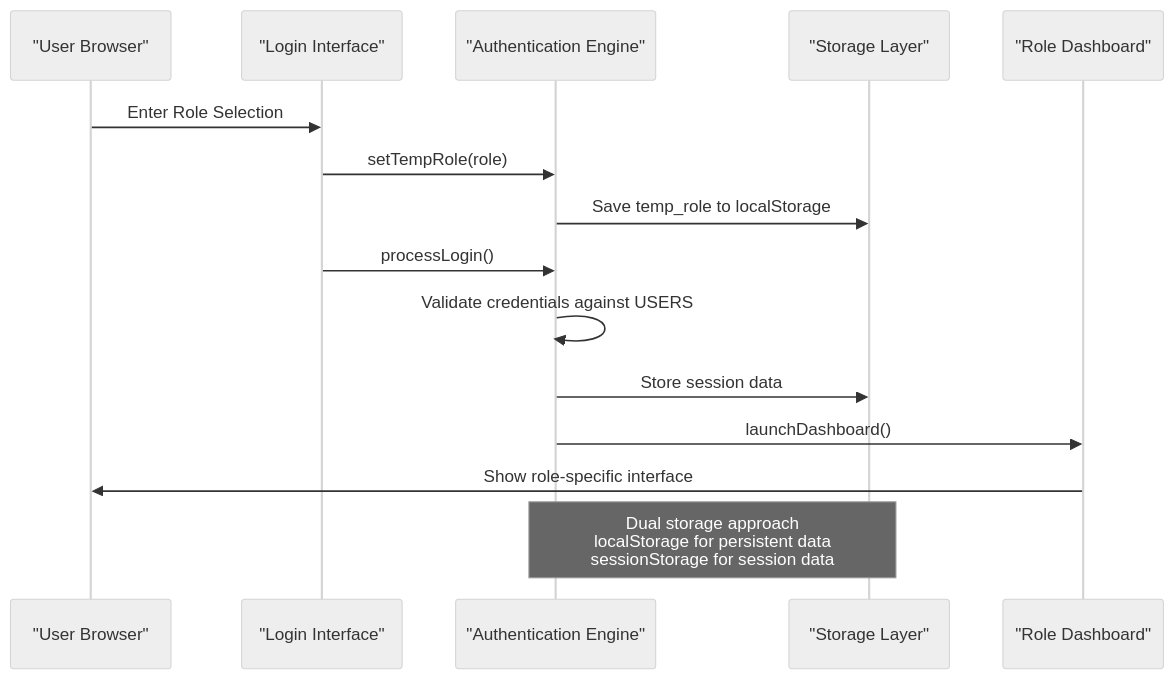
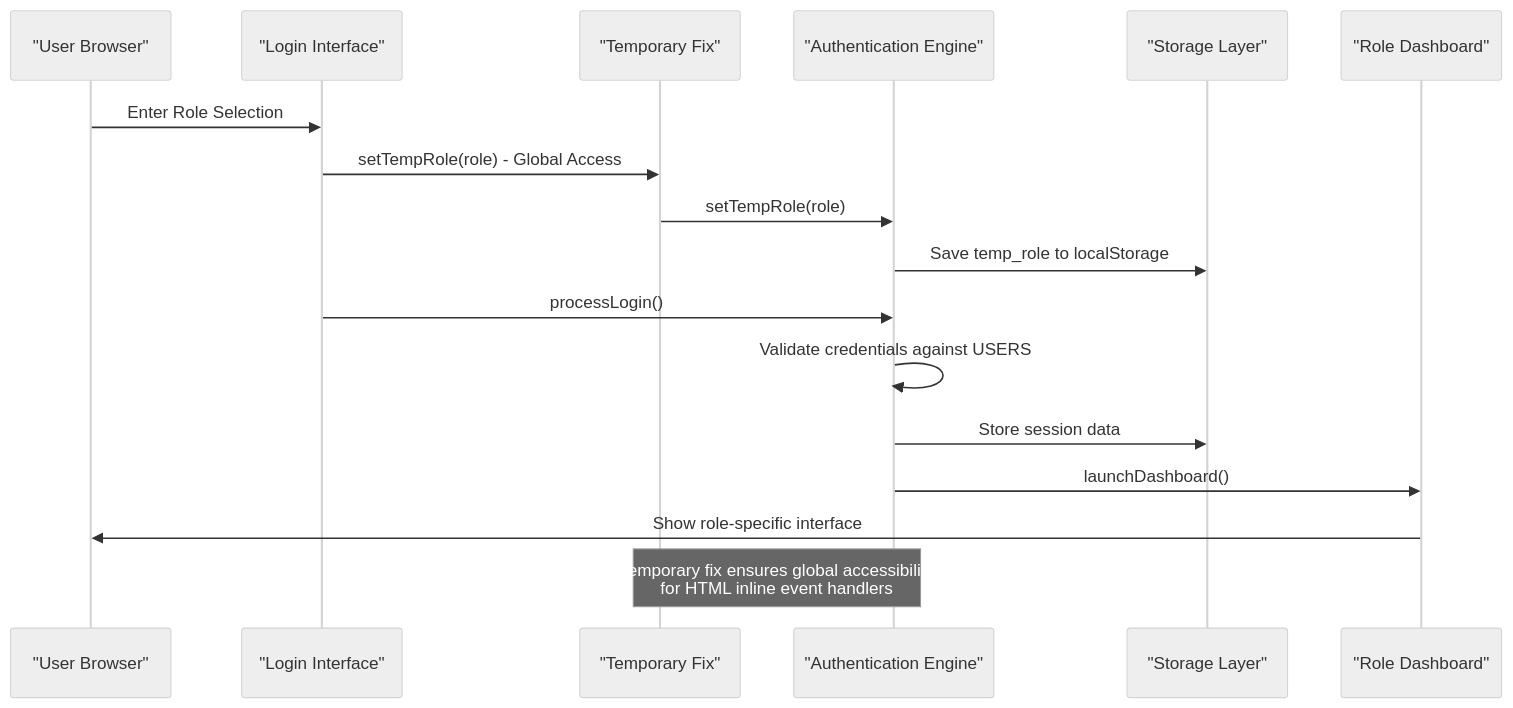
Before and after one commit to Rehanpatel3858/BusTrack-Pro: the fourth of 11 diagrams in .qoder/repowiki/en/content/Authentication System.md, drawn with Mermaid (neutral theme). The commit also changed other lines of this file and 4 other files, not shown here.

````diff
--- a/.qoder/repowiki/en/content/Authentication System.md
+++ b/.qoder/repowiki/en/content/Authentication System.md
@@ -148,17 +162,19 @@
 ```mermaid
 sequenceDiagram
 participant User as "User Browser"
 participant Login as "Login Interface"
+participant Fix as "Temporary Fix"
 participant Auth as "Authentication Engine"
 participant Storage as "Storage Layer"
 participant Dashboard as "Role Dashboard"
 User->>Login : Enter Role Selection
-Login->>Auth : setTempRole(role)
+Login->>Fix : setTempRole(role) - Global Access
+Fix->>Auth : setTempRole(role)
 Auth->>Storage : Save temp_role to localStorage
 Login->>Auth : processLogin()
 Auth->>Auth : Validate credentials against USERS
 Auth->>Storage : Store session data
 Auth->>Dashboard : launchDashboard()
 Dashboard->>User : Show role-specific interface
-Note over Auth,Storage : Dual storage approach<br/>localStorage for persistent data<br/>sessionStorage for session data
+Note over Fix,Auth : Temporary fix ensures global accessibility<br/>for HTML inline event handlers
 ```
````
